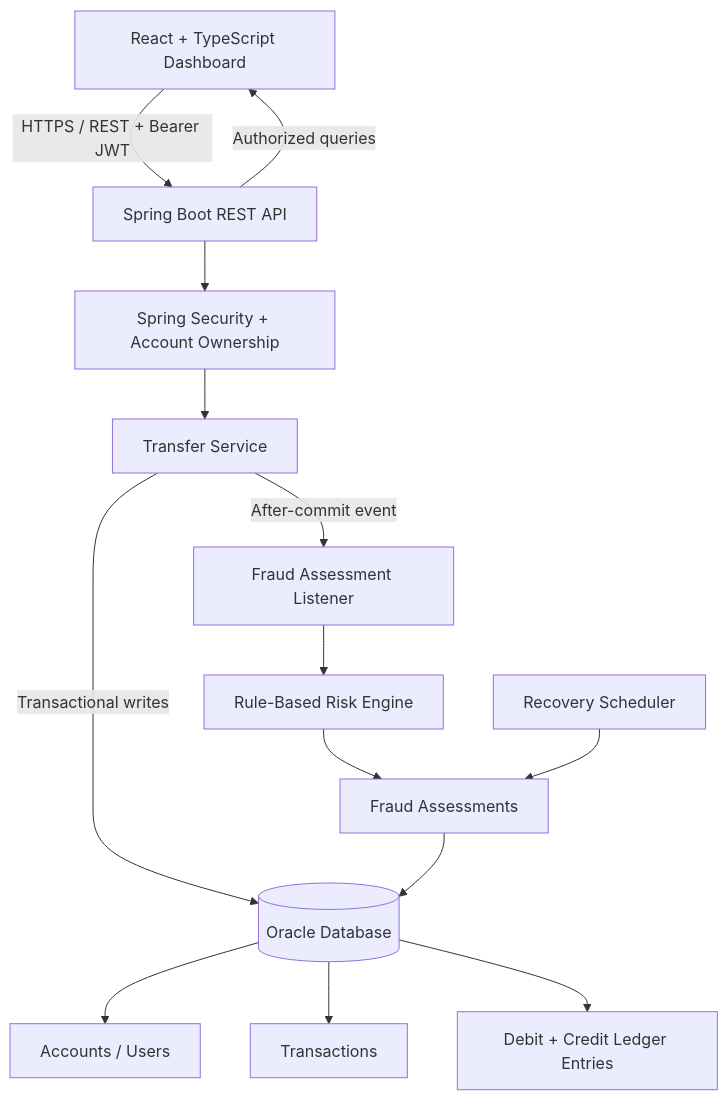
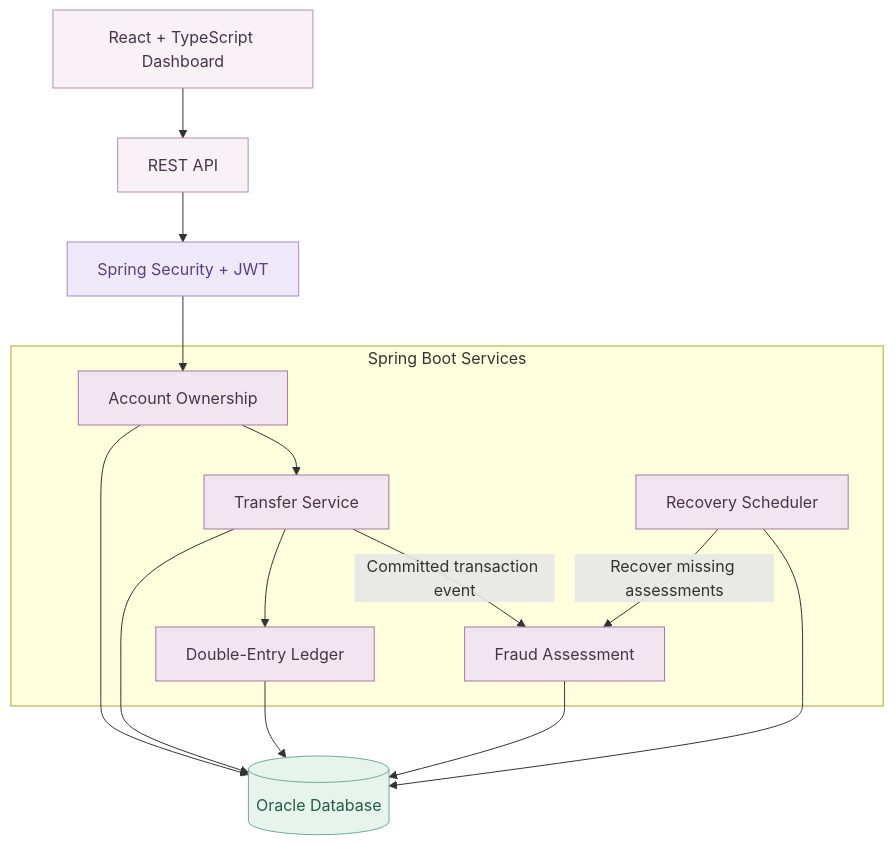
One commit to dnwardah-dev/Orvendiq changed the first of 2 diagrams in README.md. Above: the diagram before and after it, drawn with Mermaid.

Commit message:
docs: enhance system architecture visualization

````diff
--- a/README.md
+++ b/README.md
@@ -81,16 +81,40 @@
 ```mermaid
-flowchart TD
-    UI[React + TypeScript Dashboard] -->|HTTPS / REST + Bearer JWT| API[Spring Boot REST API]
-    API --> AUTH[Spring Security + Account Ownership]
-    AUTH --> TRANSFER[Transfer Service]
-    TRANSFER -->|Transactional writes| DB[(Oracle Database)]
-    DB --> ACC[Accounts / Users]
-    DB --> TX[Transactions]
-    DB --> LEDGER[Debit + Credit Ledger Entries]
-    TRANSFER -->|After-commit event| EVENT[Fraud Assessment Listener]
-    EVENT --> ENGINE[Rule-Based Risk Engine]
-    ENGINE --> ASSESS[Fraud Assessments]
-    RECOVERY[Recovery Scheduler] --> ASSESS
-    ASSESS --> DB
-    API -->|Authorized queries| UI
+flowchart TB
+    UI["React + TypeScript Dashboard"]
+    API["REST API"]
+    AUTH["Spring Security + JWT"]
+
+    subgraph SERVICES["Spring Boot Services"]
+        OWN["Account Ownership"]
+        TRANSFER["Transfer Service"]
+        LEDGER["Double-Entry Ledger"]
+        FRAUD["Fraud Assessment"]
+        RECOVERY["Recovery Scheduler"]
+    end
+
+    DB[("Oracle Database")]
+
+    UI --> API
+    API --> AUTH
+    AUTH --> OWN
+    OWN --> TRANSFER
+    TRANSFER --> LEDGER
+    TRANSFER -->|Committed transaction event| FRAUD
+    RECOVERY -->|Recover missing assessments| FRAUD
+
+    OWN --> DB
+    TRANSFER --> DB
+    LEDGER --> DB
+    FRAUD --> DB
+    RECOVERY --> DB
+
+    classDef frontend fill:#F8F1F5,stroke:#B88DA9,color:#49334B
+    classDef security fill:#EEE8F8,stroke:#A58AC8,color:#59427B
+    classDef service fill:#F1E5EF,stroke:#A777A3,color:#49334B
+    classDef database fill:#E6F4ED,stroke:#71AB91,color:#245D47
+
+    class UI,API frontend
+    class AUTH security
+    class OWN,TRANSFER,LEDGER,FRAUD,RECOVERY service
+    class DB database
 ```
````
